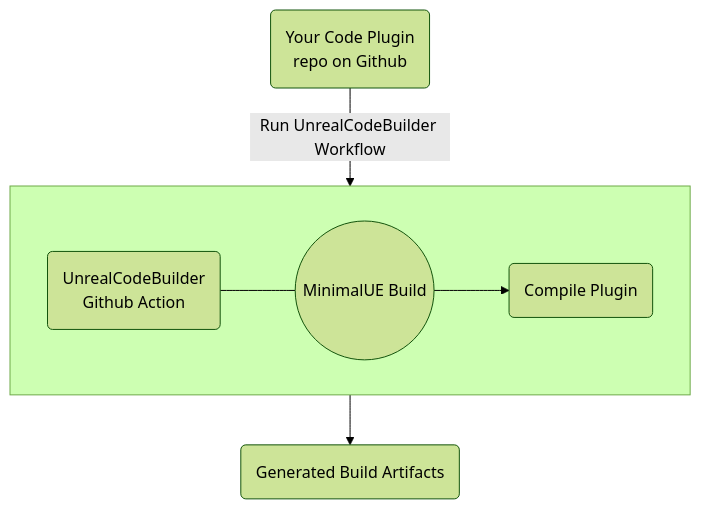
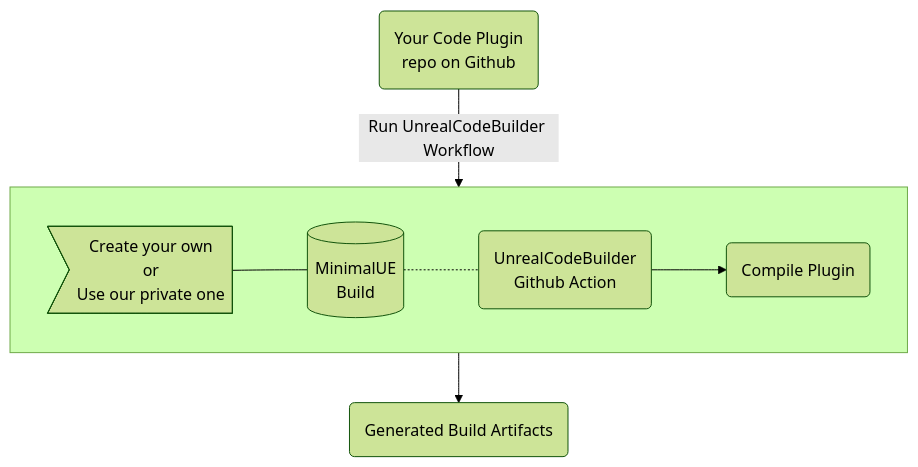
One commit to Guganana/UnrealPluginCIWithGithubActions changed the diagram in README.md. Above: the diagram before and after it, drawn with Mermaid (forest theme). The commit also changed other lines of this file, not shown here.

````diff
--- a/README.md
+++ b/README.md
@@ -16,17 +16,19 @@
 ```mermaid
 graph TB
 A(Your Code Plugin<br>repo on Github)
 E(Generated Build Artifacts)
 
 subgraph one[" "]
     direction LR
-    CA(UnrealCodeBuilder<br>Github Action)
-    D((MinimalUE Build))
+    tag>Create your own<br>or<br>Use our private one]
+    C[(MinimalUE<br>Build)]
+    D(UnrealCodeBuilder<br>Github Action)
     Compile(Compile Plugin)
-    CA --- D
+    tag --- C
+    C -.- D
     D --> Compile
 end
 
 A -- Run UnrealCodeBuilder Workflow --> one
 one --> E
 ```
````
